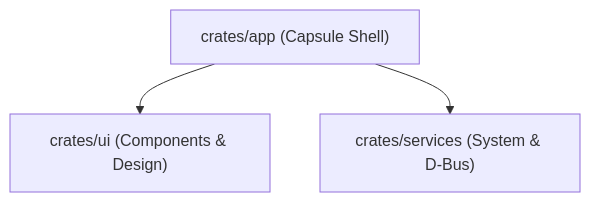
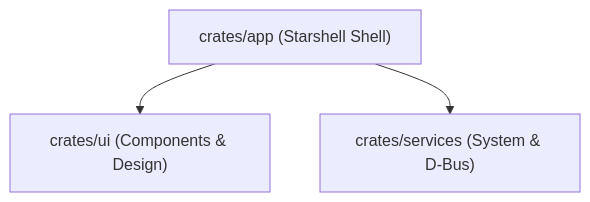
One commit to Akergez/starshell changed the diagram in docs/HOW_TO_CONTRIBUTE.md. Above: the diagram before and after it, drawn with Mermaid. The commit also changed other lines of this file and 47 other files, not shown here.

First line of the commit message:
chore: rename Capsule to Starshell across crates, paths and packaging

````diff
--- a/docs/HOW_TO_CONTRIBUTE.md
+++ b/docs/HOW_TO_CONTRIBUTE.md
@@ -11,5 +11,5 @@
 ```mermaid
 flowchart TD
-    App["crates/app (Capsule Shell)"] --> UI["crates/ui (Components & Design)"]
+    App["crates/app (Starshell Shell)"] --> UI["crates/ui (Components & Design)"]
     App --> Services["crates/services (System & D-Bus)"]
 ```
````
